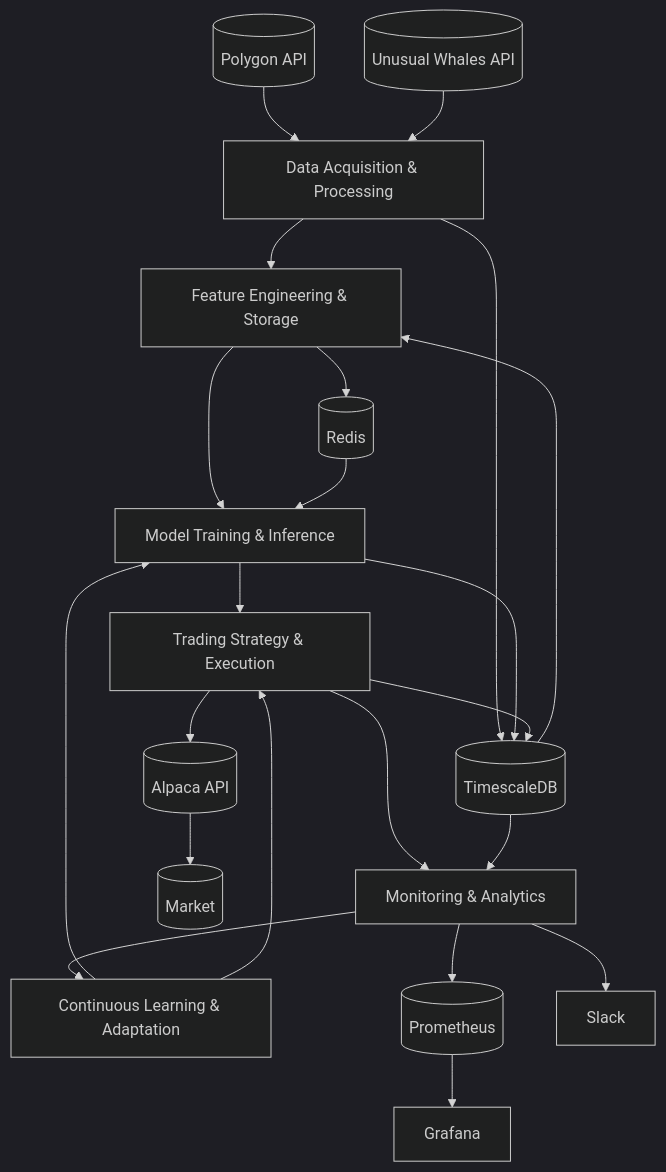
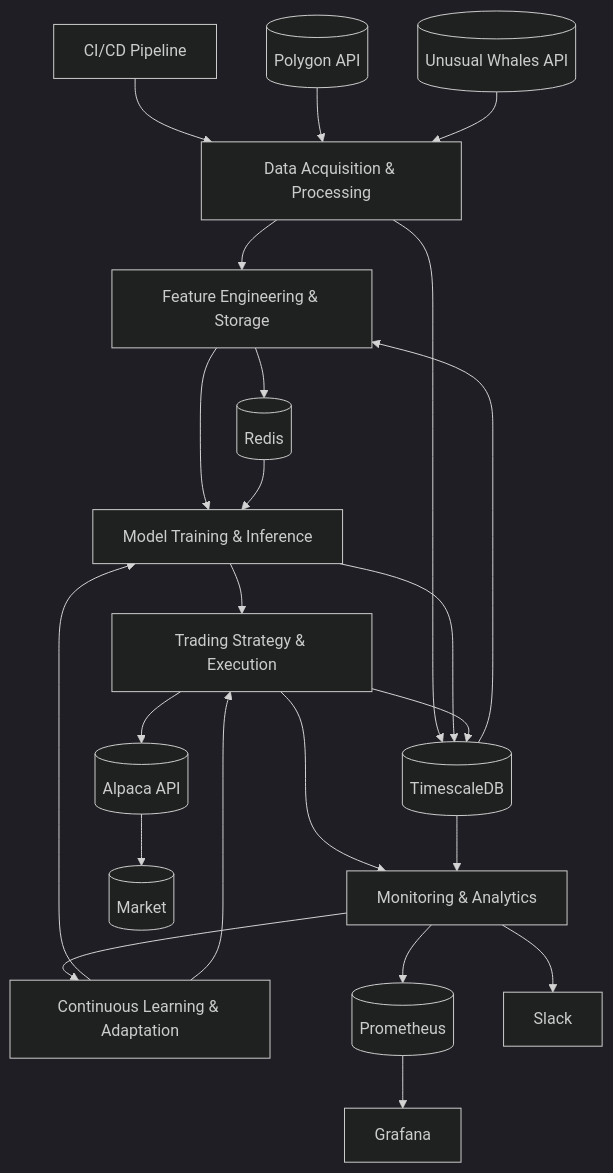
One commit to Slusheeking/INAVVI_0.0.1 changed the first of 18 diagrams in docs/03_autonomous_trading_system_workflow.md. Above: the diagram before and after it, drawn with Mermaid (dark theme). The commit also changed other lines of this file and 23 other files, not shown here.

````diff
--- a/docs/03_autonomous_trading_system_workflow.md
+++ b/docs/03_autonomous_trading_system_workflow.md
@@ -13,48 +13,50 @@
 ```mermaid
 flowchart TD
     %% Main System Components
     DA[Data Acquisition & Processing]
     FE[Feature Engineering & Storage]
     MT[Model Training & Inference]
     TS[Trading Strategy & Execution]
     MA[Monitoring & Analytics]
     CL[Continuous Learning & Adaptation]
+    CD[CI/CD Pipeline]
     
     %% Data Flow
     DA --> FE
     FE --> MT
     MT --> TS
     TS --> MA
     MA --> CL
     CL --> MT
+    CD --> DA
     CL --> TS
     
     %% External Systems
     PA[(Polygon API)]
     UW[(Unusual Whales API)]
     AA[(Alpaca API)]
     MK[(Market)]
     
     %% Database Systems
     TS1[(TimescaleDB)]
     RD[(Redis)]
     PR[(Prometheus)]
     GR[Grafana]
     SL[Slack]
     
     %% External Connections
     PA --> DA
     UW --> DA
     DA --> TS1
     TS1 --> FE
     FE --> RD
     RD --> MT
     MT --> TS1
     TS --> AA
     AA --> MK
     TS --> TS1
     TS1 --> MA
     MA --> PR
     PR --> GR
     MA --> SL
 ```
````
